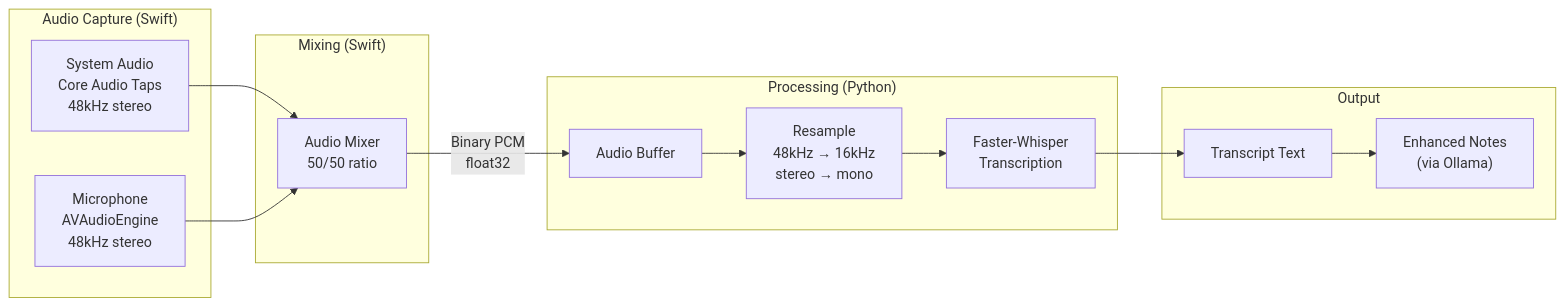
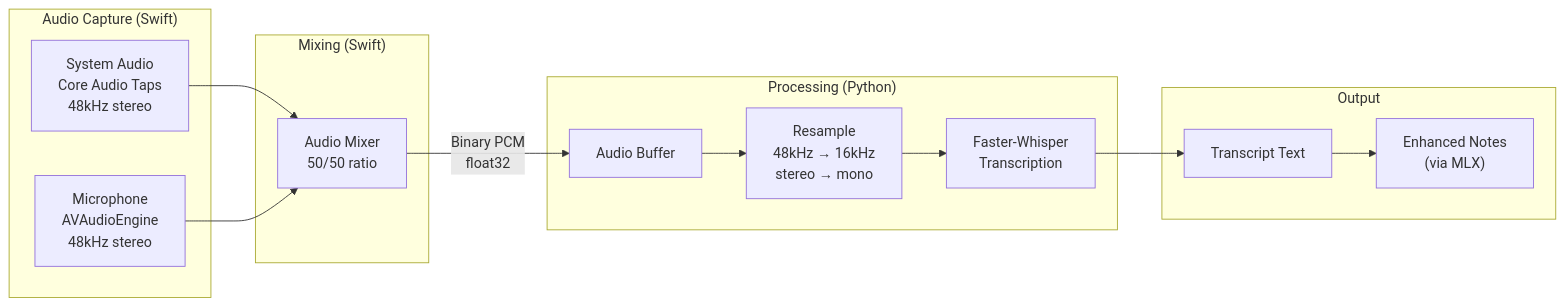
Before and after one commit to KennMackens/courier: the second of 3 diagrams in CLAUDE.md, drawn with Mermaid. The commit also changed other lines of this file and 45 other files, not shown here.

````diff
--- a/CLAUDE.md
+++ b/CLAUDE.md
@@ -125,30 +129,30 @@
 ```mermaid
 graph LR
     subgraph Capture["Audio Capture (Swift)"]
         System["System Audio<br/>Core Audio Taps<br/>48kHz stereo"]
         Mic["Microphone<br/>AVAudioEngine<br/>48kHz stereo"]
     end
 
     subgraph Mix["Mixing (Swift)"]
         Mixer["Audio Mixer<br/>50/50 ratio"]
     end
 
     subgraph Process["Processing (Python)"]
         Buffer["Audio Buffer"]
         Resample["Resample<br/>48kHz → 16kHz<br/>stereo → mono"]
         Whisper["Faster-Whisper<br/>Transcription"]
     end
 
     subgraph Output["Output"]
         Transcript["Transcript Text"]
-        Enhanced["Enhanced Notes<br/>(via Ollama)"]
+        Enhanced["Enhanced Notes<br/>(via MLX)"]
     end
 
     System --> Mixer
     Mic --> Mixer
     Mixer -->|"Binary PCM<br/>float32"| Buffer
     Buffer --> Resample
     Resample --> Whisper
     Whisper --> Transcript
     Transcript --> Enhanced
 ```
````
